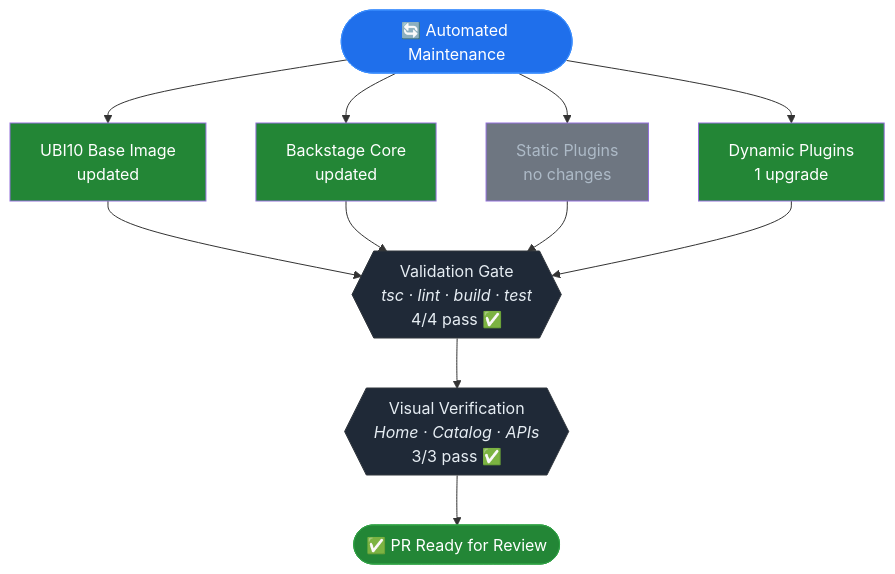
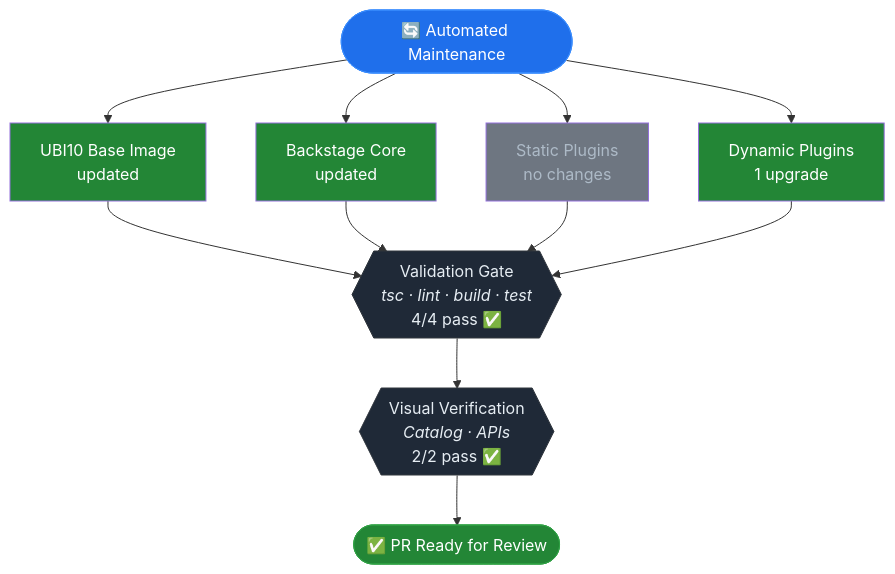
Before and after one commit to veecode-platform/devportal-base: the diagram in .github/prompts/automated-update-ci.md, drawn with Mermaid. The commit also changed other lines of this file, not shown here.

Commit message:
docs: Enhance automated update CI prompt with detailed server readiness checks, visual assessment criteria, and validation matrix updates.

````diff
--- a/.github/prompts/automated-update-ci.md
+++ b/.github/prompts/automated-update-ci.md
@@ -307,26 +379,26 @@
 ```mermaid
 graph TB
     Start(["🔄 Automated Maintenance"])
 
     Start --> A & B & C & D
 
     A["UBI10 Base Image<br/>updated"]
     B["Backstage Core<br/>updated"]
     C["Static Plugins<br/>no changes"]
     D["Dynamic Plugins<br/>1 upgrade"]
 
     A & B & C & D --> V{{"Validation Gate<br/><i>tsc · lint · build · test</i><br/>4/4 pass ✅"}}
 
-    V --> VR{{"Visual Verification<br/><i>Home · Catalog · APIs</i><br/>3/3 pass ✅"}}
+    V --> VR{{"Visual Verification<br/><i>Catalog · APIs</i><br/>2/2 pass ✅"}}
 
     VR --> Done(["✅ PR Ready for Review"])
 
     style A fill:#238636,color:#fff
     style B fill:#238636,color:#fff
     style C fill:#6e7681,color:#adbac7
     style D fill:#238636,color:#fff
     style V fill:#1f2937,color:#e6edf3,stroke:#30363d
     style VR fill:#1f2937,color:#e6edf3,stroke:#30363d
     style Start fill:#1f6feb,color:#fff,stroke:#388bfd
     style Done fill:#238636,color:#fff,stroke:#2ea043
 ```
````
